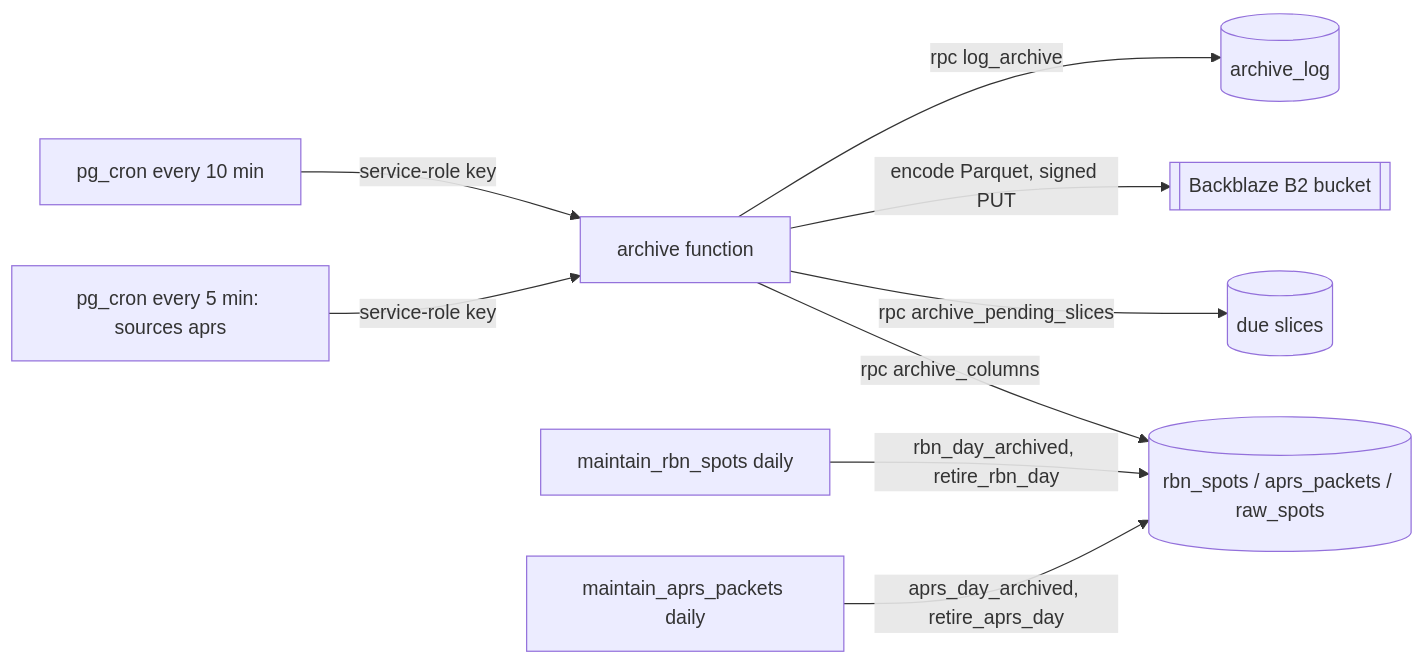
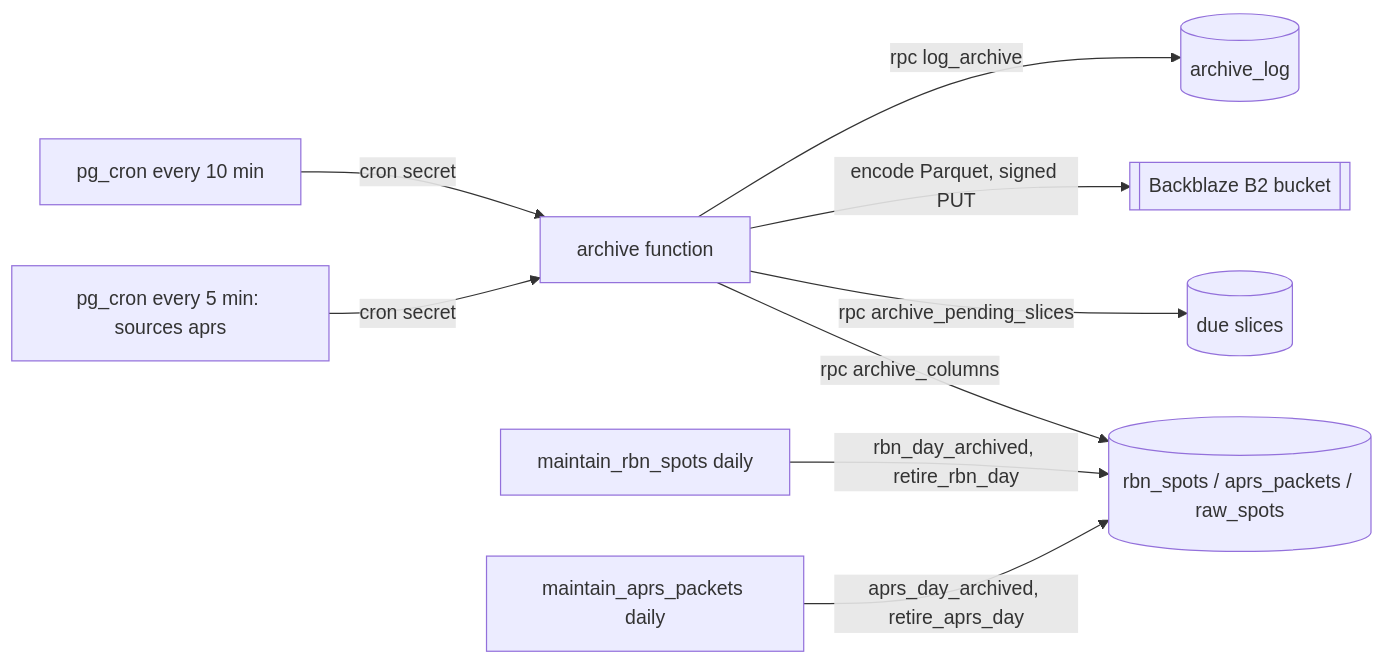
Before and after one commit to johnsonm/longlines: the seventh of 16 diagrams in docs/ARCHITECTURE.md, drawn with Mermaid. The commit also changed other lines of this file and 19 other files, not shown here.

First line of the commit message:
Keep the service-role key out of pg_net's queue

````diff
--- a/docs/ARCHITECTURE.md
+++ b/docs/ARCHITECTURE.md
@@ -916,11 +919,11 @@
 ```mermaid
 flowchart LR
-  CRON[pg_cron every 10 min] -- "service-role key" --> A[archive function]
-  CRONA[pg_cron every 5 min: sources aprs] -- "service-role key" --> A
+  CRON[pg_cron every 10 min] -- "cron secret" --> A[archive function]
+  CRONA[pg_cron every 5 min: sources aprs] -- "cron secret" --> A
   A -- "rpc archive_pending_slices" --> P[(due slices)]
   A -- "rpc archive_columns" --> N[(rbn_spots / aprs_packets / raw_spots)]
   A -- "encode Parquet, signed PUT" --> S[[Backblaze B2 bucket]]
   A -- "rpc log_archive" --> L[(archive_log)]
   M[maintain_rbn_spots daily] -- "rbn_day_archived, retire_rbn_day" --> N
   MA[maintain_aprs_packets daily] -- "aprs_day_archived, retire_aprs_day" --> N
 ```
````
